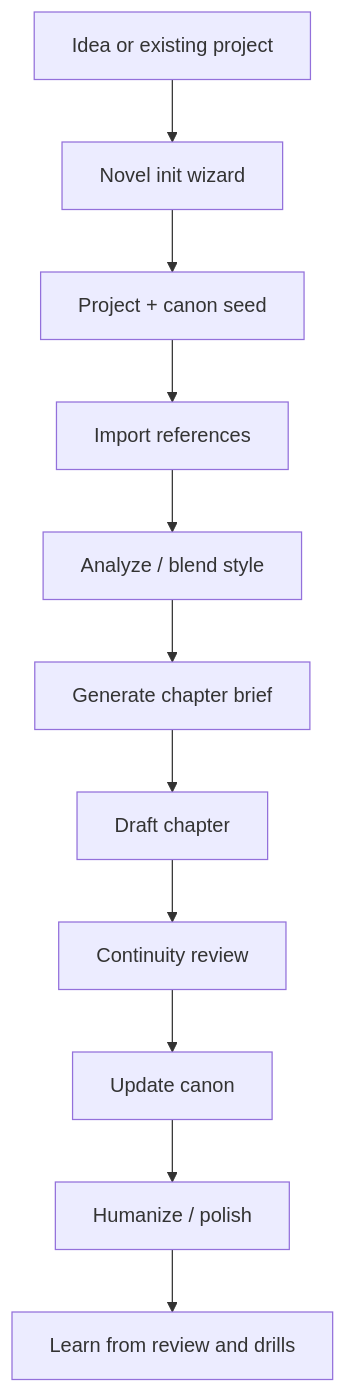
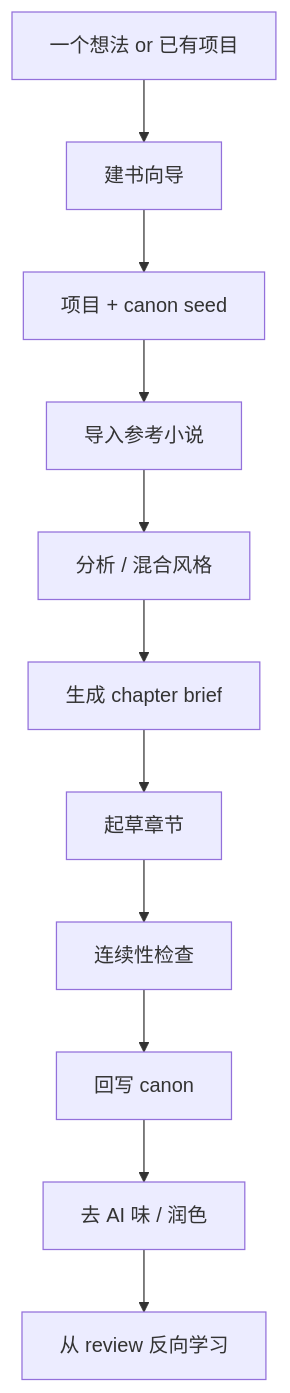
Before and after one commit to Zhao73/xiaoshuo-studio: the second of 2 diagrams in README.md, drawn with Mermaid. The commit also changed other lines of this file and 1 other file, not shown here.

````diff
--- a/README.md
+++ b/README.md
@@ -61,13 +58,13 @@
 ```mermaid
 flowchart TD
-    I[Idea or existing project] --> W[Novel init wizard]
-    W --> P[Project + canon seed]
-    P --> R1[Import references]
-    R1 --> S1[Analyze / blend style]
-    S1 --> B[Generate chapter brief]
-    B --> D[Draft chapter]
-    D --> Q[Continuity review]
-    Q --> U[Update canon]
-    U --> H[Humanize / polish]
-    H --> L[Learn from review and drills]
+    I[一个想法 or 已有项目] --> W[建书向导]
+    W --> P[项目 + canon seed]
+    P --> R1[导入参考小说]
+    R1 --> S1[分析 / 混合风格]
+    S1 --> B[生成 chapter brief]
+    B --> D[起草章节]
+    D --> Q[连续性检查]
+    Q --> U[回写 canon]
+    U --> H[去 AI 味 / 润色]
+    H --> L[从 review 反向学习]
 ```
````
